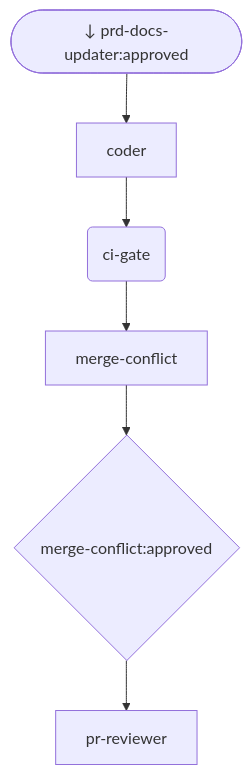
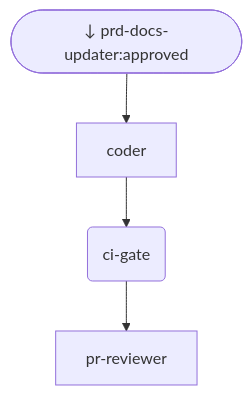
The diagram in docs/product/agile/generated/phases/05_execute.mmd (M-A-Operating-System/ai-coding-standards2), drawn with Mermaid before and after one commit.

Commit message:
chore: align 05_execute.mmd with main to clear add/add conflict
The diagram is auto-generated from pipeline.json; the correct merge-conflict
node will appear once the generator re-runs after merge. The critical feature
files (pipeline.json, merge-conflict.md) are already on this branch.

https://claude.ai/code/session_0169JhW61uy8T2kSh7qsXk44

```diff
--- a/docs/product/agile/generated/phases/05_execute.mmd
+++ b/docs/product/agile/generated/phases/05_execute.mmd
@@ -1,12 +1,8 @@
 flowchart TD
     n_01_product_docs__prd_docs_updater(["↓ prd-docs-updater:approved"])
     n_05_execute__coder["coder"]
     n_05_execute__ci_gate("ci-gate")
-    n_05_execute__merge_conflict["merge-conflict"]
     n_05_execute__pr_reviewer["pr-reviewer"]
-    gate__n_05_execute__merge_conflict{"merge-conflict:approved"}
-    n_05_execute__merge_conflict --> gate__n_05_execute__merge_conflict
     n_01_product_docs__prd_docs_updater --> n_05_execute__coder
     n_05_execute__coder --> n_05_execute__ci_gate
-    n_05_execute__ci_gate --> n_05_execute__merge_conflict
-    gate__n_05_execute__merge_conflict --> n_05_execute__pr_reviewer
+    n_05_execute__ci_gate --> n_05_execute__pr_reviewer
```
